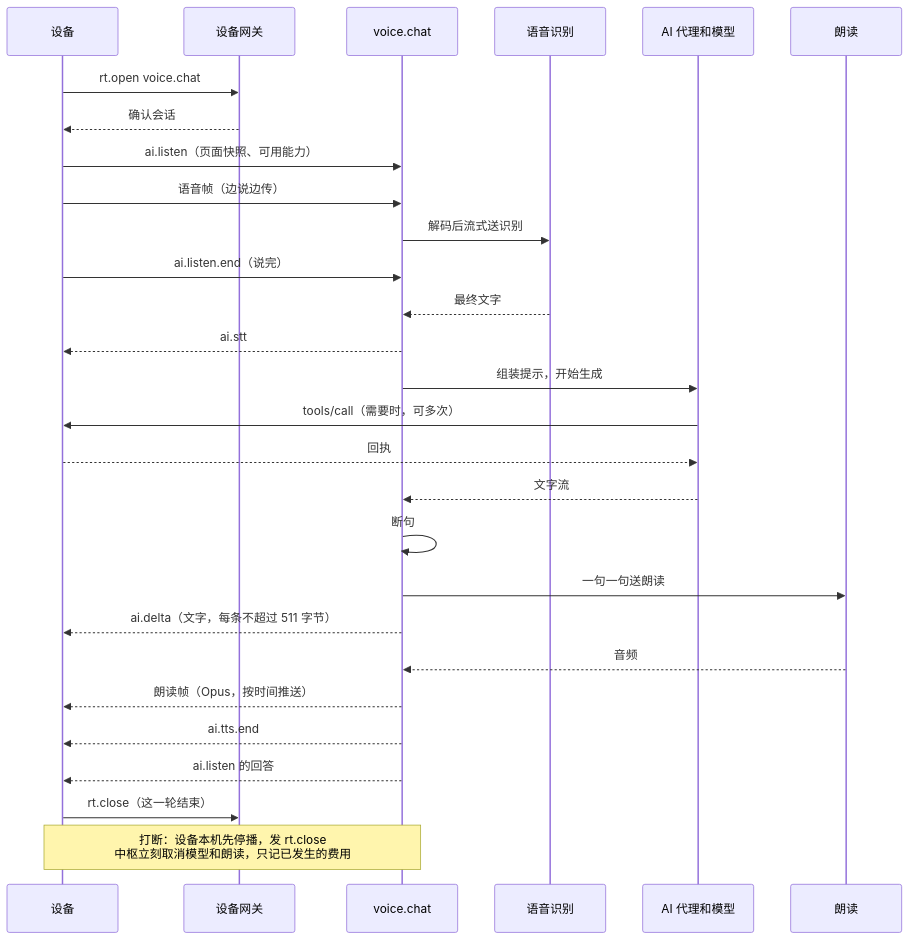
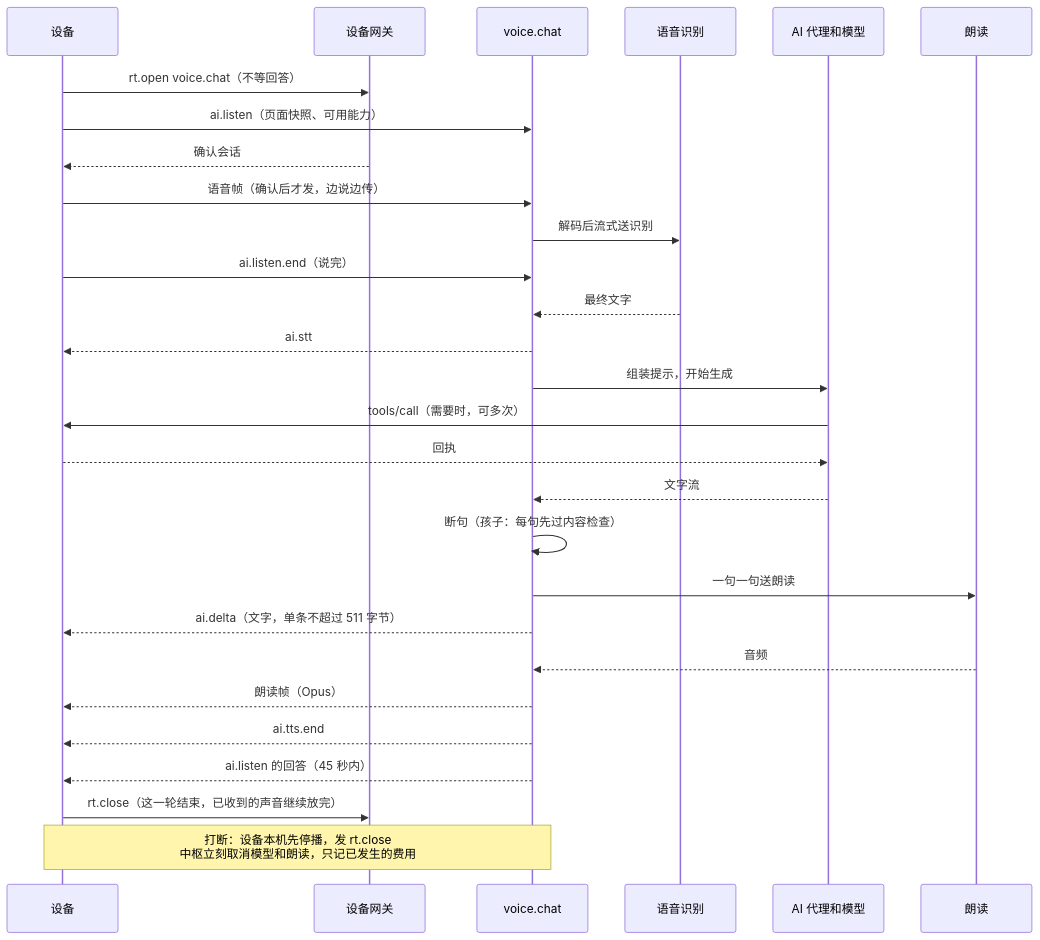
The fifth of 16 diagrams in docs/hub/hub-architecture.md (Gidean-zcx/ink), drawn with Mermaid before and after one commit. The commit also changed other lines of this file and 16 other files, not shown here.

````diff
--- a/docs/hub/hub-architecture.md
+++ b/docs/hub/hub-architecture.md
@@ -444,30 +481,30 @@
 ```mermaid
 sequenceDiagram
   participant D as 设备
   participant G as 设备网关
   participant V as voice.chat
   participant A as 语音识别
   participant L as AI 代理和模型
   participant T as 朗读
-  D->>G: rt.open voice.chat
+  D->>G: rt.open voice.chat（不等回答）
+  D->>V: ai.listen（页面快照、可用能力）
   G-->>D: 确认会话
-  D->>V: ai.listen（页面快照、可用能力）
-  D->>V: 语音帧（边说边传）
+  D->>V: 语音帧（确认后才发，边说边传）
   V->>A: 解码后流式送识别
   D->>V: ai.listen.end（说完）
   A-->>V: 最终文字
   V-->>D: ai.stt
   V->>L: 组装提示，开始生成
   L->>D: tools/call（需要时，可多次）
   D-->>L: 回执
   L-->>V: 文字流
-  V->>V: 断句
+  V->>V: 断句（孩子：每句先过内容检查）
   V->>T: 一句一句送朗读
-  V-->>D: ai.delta（文字，每条不超过 511 字节）
+  V-->>D: ai.delta（文字，单条不超过 511 字节）
   T-->>V: 音频
-  V-->>D: 朗读帧（Opus，按时间推送）
+  V-->>D: 朗读帧（Opus）
   V-->>D: ai.tts.end
-  V-->>D: ai.listen 的回答
-  D->>G: rt.close（这一轮结束）
+  V-->>D: ai.listen 的回答（45 秒内）
+  D->>G: rt.close（这一轮结束，已收到的声音继续放完）
   Note over D,V: 打断：设备本机先停播，发 rt.close<br/>中枢立刻取消模型和朗读，只记已发生的费用
 ```
````
